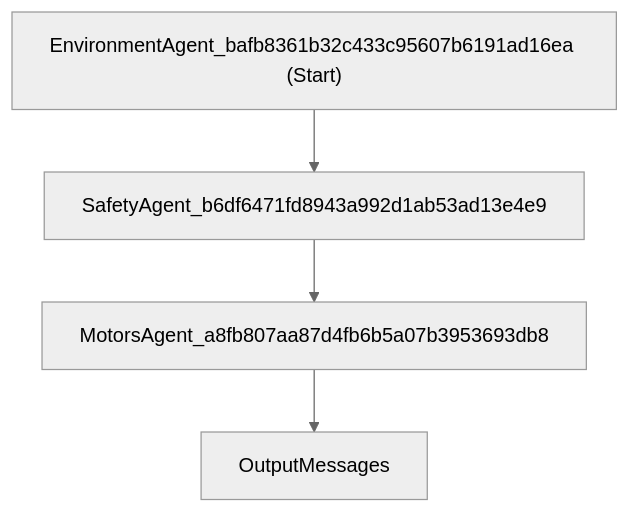
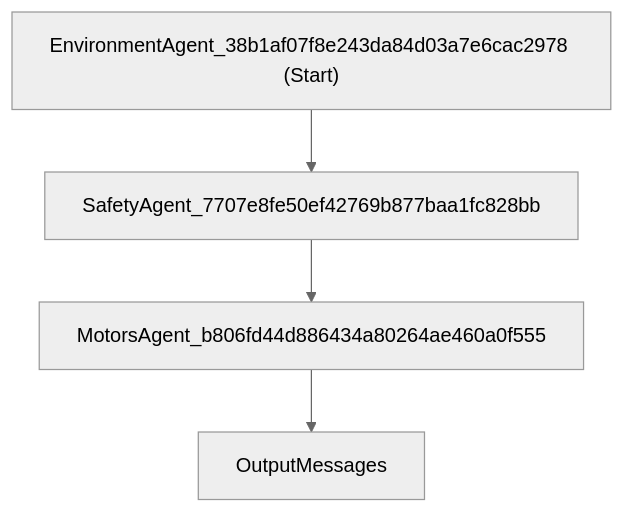
Before and after one commit to dcostea/AgentFrameworkBook: the diagram in 12.AgentsOrchestration/SequentialOrchestrationWithCheckpoints/workflow.md, drawn with Mermaid (neutral theme). The commit also changed 22 other files, not shown here.

````diff
--- a/12.AgentsOrchestration/SequentialOrchestrationWithCheckpoints/workflow.md
+++ b/12.AgentsOrchestration/SequentialOrchestrationWithCheckpoints/workflow.md
@@ -3,10 +3,10 @@
 ```mermaid
 flowchart TD
-  EnvironmentAgent_bafb8361b32c433c95607b6191ad16ea["EnvironmentAgent_bafb8361b32c433c95607b6191ad16ea (Start)"];
-  SafetyAgent_b6df6471fd8943a992d1ab53ad13e4e9["SafetyAgent_b6df6471fd8943a992d1ab53ad13e4e9"];
-  MotorsAgent_a8fb807aa87d4fb6b5a07b3953693db8["MotorsAgent_a8fb807aa87d4fb6b5a07b3953693db8"];
+  EnvironmentAgent_38b1af07f8e243da84d03a7e6cac2978["EnvironmentAgent_38b1af07f8e243da84d03a7e6cac2978 (Start)"];
+  SafetyAgent_7707e8fe50ef42769b877baa1fc828bb["SafetyAgent_7707e8fe50ef42769b877baa1fc828bb"];
+  MotorsAgent_b806fd44d886434a80264ae460a0f555["MotorsAgent_b806fd44d886434a80264ae460a0f555"];
   OutputMessages["OutputMessages"];
-  EnvironmentAgent_bafb8361b32c433c95607b6191ad16ea --> SafetyAgent_b6df6471fd8943a992d1ab53ad13e4e9;
-  SafetyAgent_b6df6471fd8943a992d1ab53ad13e4e9 --> MotorsAgent_a8fb807aa87d4fb6b5a07b3953693db8;
-  MotorsAgent_a8fb807aa87d4fb6b5a07b3953693db8 --> OutputMessages;
+  EnvironmentAgent_38b1af07f8e243da84d03a7e6cac2978 --> SafetyAgent_7707e8fe50ef42769b877baa1fc828bb;
+  SafetyAgent_7707e8fe50ef42769b877baa1fc828bb --> MotorsAgent_b806fd44d886434a80264ae460a0f555;
+  MotorsAgent_b806fd44d886434a80264ae460a0f555 --> OutputMessages;
 ```
````
